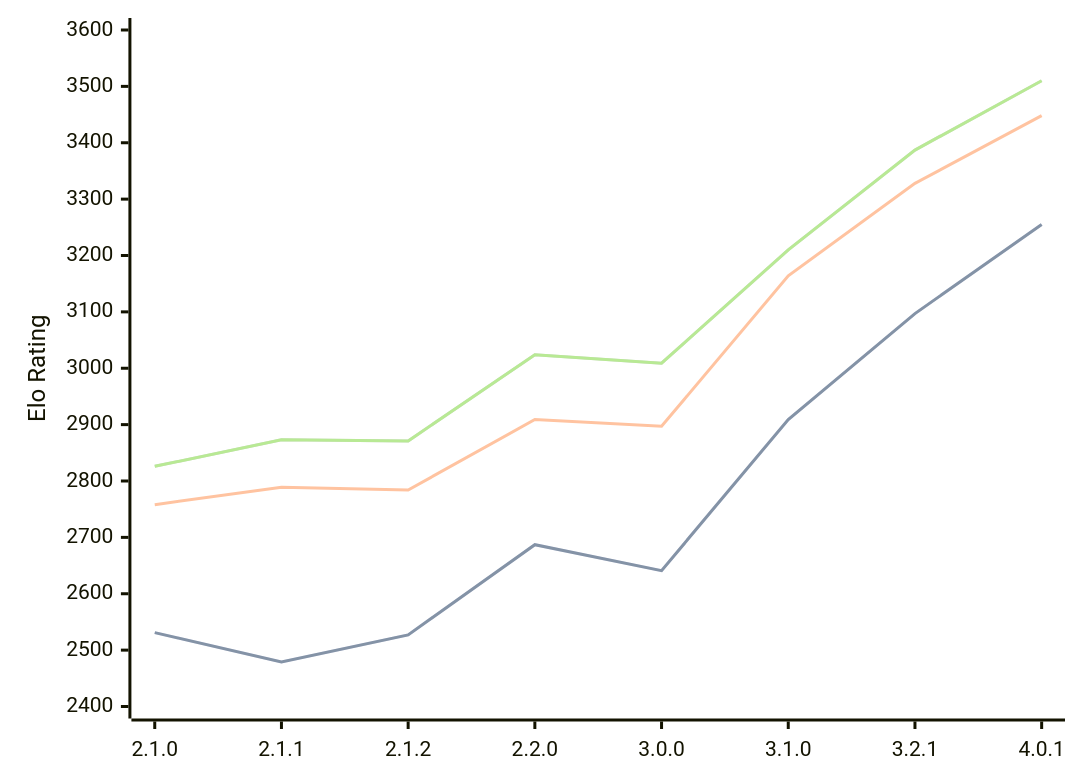
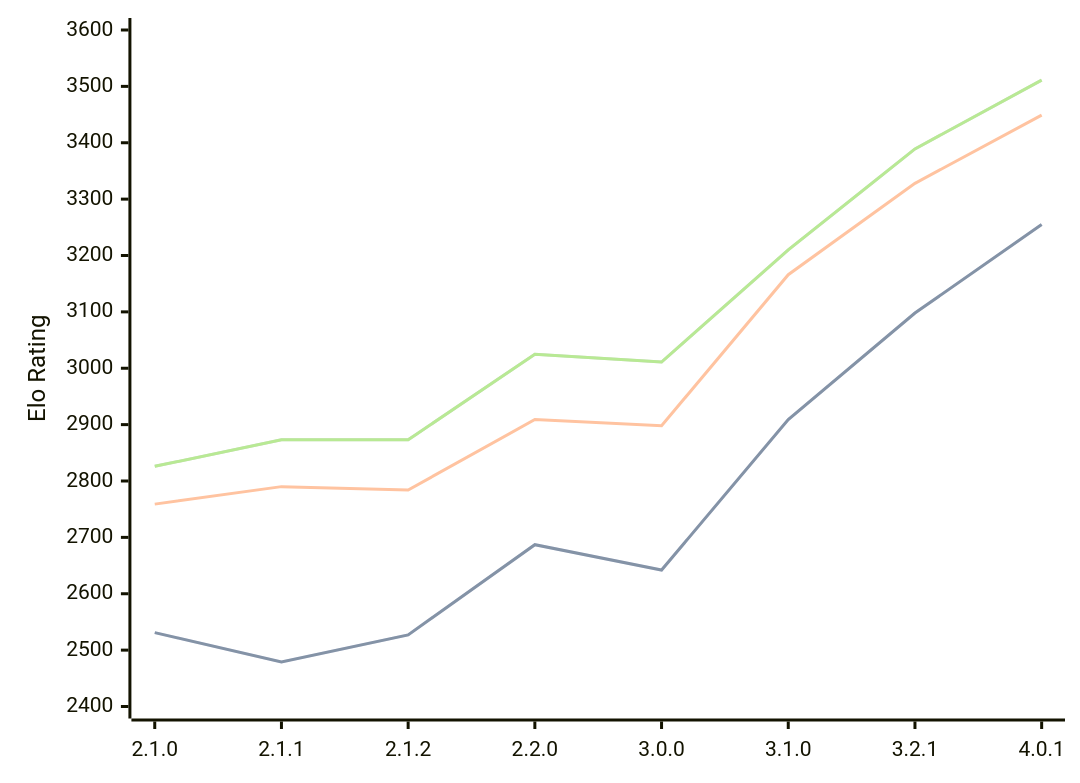
The diagram in engines/Prune.md (computer-chess-index/cci), drawn with Mermaid before and after one commit. The commit also changed other lines of this file, not shown here.

Commit message:
Update CCI Ratings (ELO VLTC) - 2026-09-13

````diff
--- a/engines/Prune.md
+++ b/engines/Prune.md
@@ -40,11 +40,11 @@
 ```mermaid
 %%{init: {"theme":"base","themeVariables":{"seriesColors:['#a3a3a3','#222221','#faa371']}}}%%
 xychart-beta
   x-axis ["2.1.0", "2.1.1", "2.1.2", "2.2.0", "3.0.0", "3.1.0", "3.2.1", "4.0.1"]
   y-axis "Elo Rating" 2400 --> 3600
-  line "" [2531, 2479, 2527, 2687, 2641, 2909, 3097, 3255]
-  line "STC (8.0+0.08s)" [2531, 2479, 2527, 2687, 2641, 2909, 3097, 3255]
-  line "LTC (60.0+0.60s)" [2758, 2789, 2784, 2909, 2897, 3164, 3328, 3448]
-  line "" [2826, 2873, 2871, 3024, 3009, 3210, 3387, 3510]
-  line "VLTC (2m24s+1.12s)" [2826, 2873, 2871, 3024, 3009, 3210, 3387, 3510]
+  line "" [2531, 2479, 2527, 2687, 2642, 2909, 3098, 3255]
+  line "STC (8.0+0.08s)" [2531, 2479, 2527, 2687, 2642, 2909, 3098, 3255]
+  line "LTC (60.0+0.60s)" [2759, 2790, 2784, 2909, 2898, 3166, 3328, 3449]
+  line "" [2826, 2873, 2873, 3025, 3011, 3210, 3389, 3511]
+  line "VLTC (2m24s+1.12s)" [2826, 2873, 2873, 3025, 3011, 3210, 3389, 3511]
 ```
````
